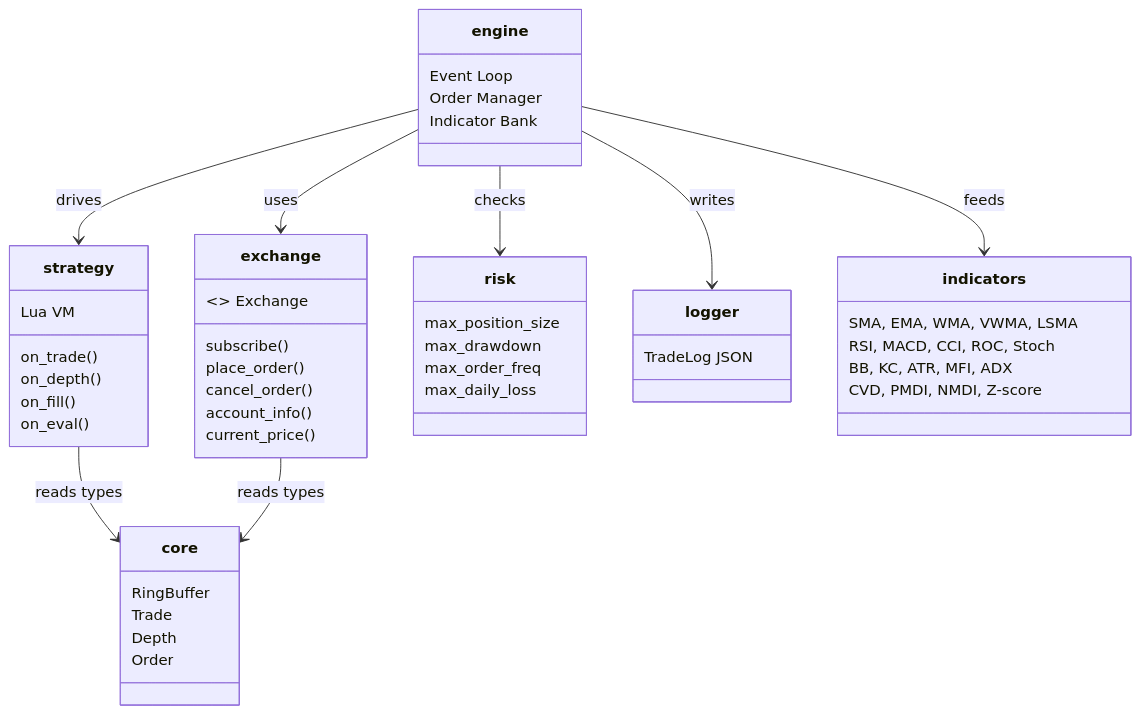
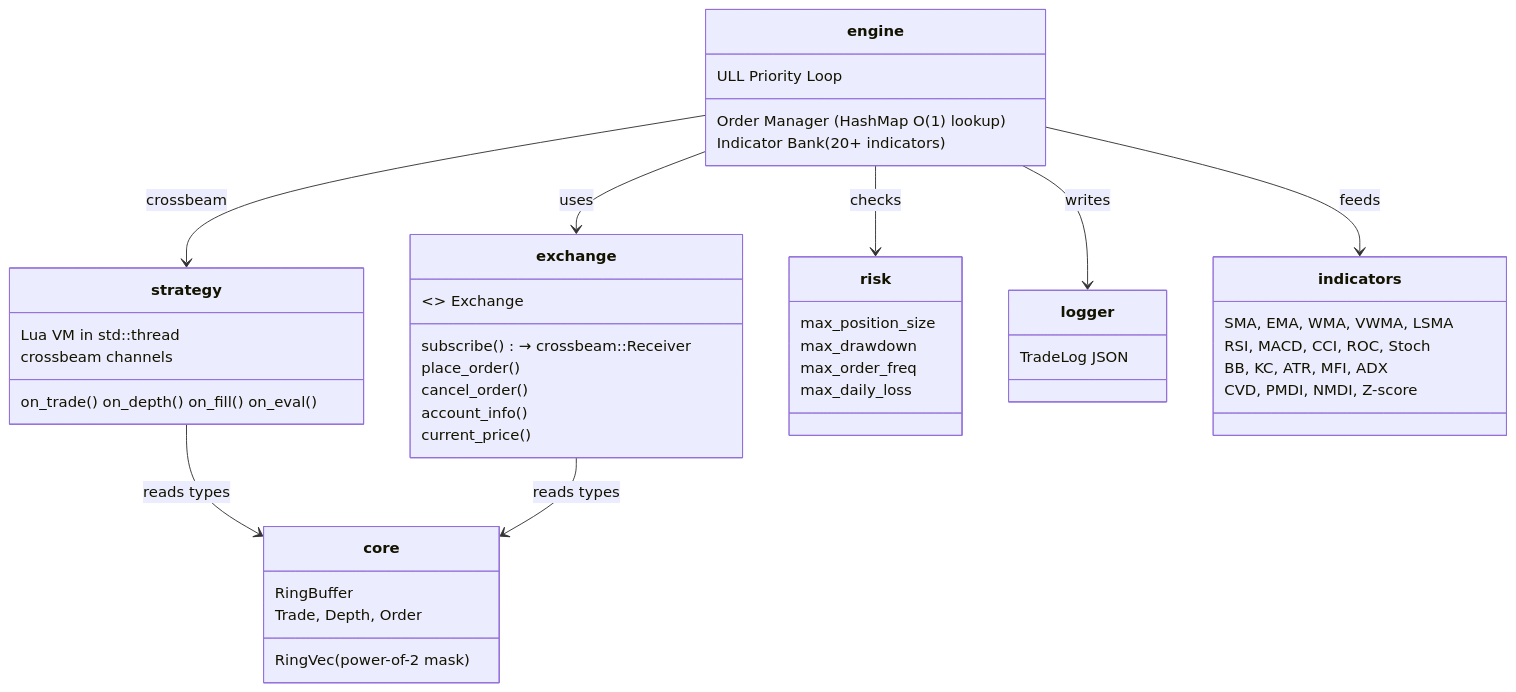
One commit to 0xitsss/quince changed the third of 3 diagrams in README.md. Above: the diagram before and after it, drawn with Mermaid. The commit also changed other lines of this file and 1 other file, not shown here.

Commit message:
Update README with v0.1.1 architecture, crossbeam channels, 191 tests, ULL priority loop

````diff
--- a/README.md
+++ b/README.md
@@ -84,52 +98,49 @@
 ```mermaid
 classDiagram
     class core {
-        RingBuffer
-        Trade
-        Depth
-        Order
+        RingBuffer<T,N>
+        RingVec (power-of-2 mask)
+        Trade, Depth, Order
     }
     class exchange {
         <<interface>> Exchange
-        subscribe()
+        subscribe() → crossbeam::Receiver
         place_order()
         cancel_order()
         account_info()
         current_price()
     }
     class strategy {
-        Lua VM
-        on_trade()
-        on_depth()
-        on_fill()
-        on_eval()
+        Lua VM in std::thread
+        crossbeam channels
+        on_trade() on_depth() on_fill() on_eval()
     }
     class engine {
-        Event Loop
-        Order Manager
-        Indicator Bank
+        ULL Priority Loop
+        Order Manager (HashMap O(1) lookup)
+        Indicator Bank (20+ indicators)
     }
     class risk {
         max_position_size
         max_drawdown
         max_order_freq
         max_daily_loss
     }
     class logger {
         TradeLog JSON
     }
     class indicators {
         SMA, EMA, WMA, VWMA, LSMA
         RSI, MACD, CCI, ROC, Stoch
         BB, KC, ATR, MFI, ADX
         CVD, PMDI, NMDI, Z-score
     }
 
     engine --> exchange : uses
-    engine --> strategy : drives
+    engine --> strategy : crossbeam
     engine --> risk : checks
     engine --> logger : writes
     engine --> indicators : feeds
     strategy --> core : reads types
     exchange --> core : reads types
 ```
````
